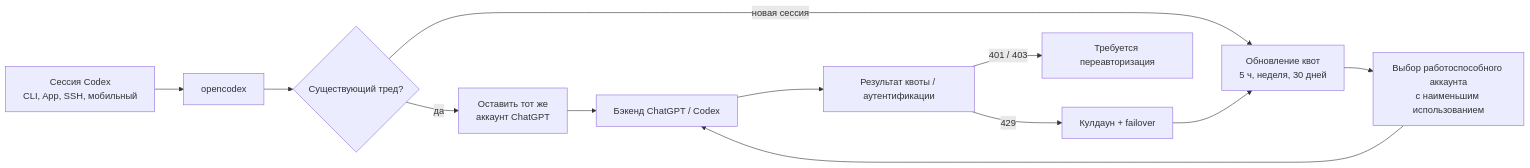
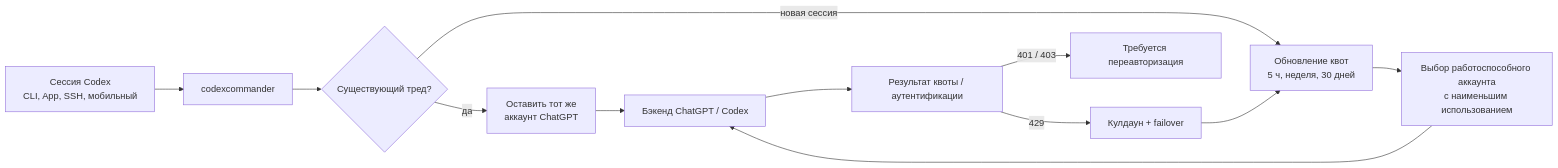
The diagram in readme/README.ru.md (pavelhov/CodexCommander), drawn with Mermaid before and after one commit. The commit also changed other lines of this file and 3595 other files, not shown here.

````diff
--- a/readme/README.ru.md
+++ b/readme/README.ru.md
@@ -53,14 +37,14 @@
 ```mermaid
 flowchart LR
-  codex[Сессия Codex<br/>CLI, App, SSH, мобильный] --> proxy[opencodex]
+  codex[Сессия Codex<br/>CLI, App, SSH, мобильный] --> proxy[codexcommander]
   proxy --> existing{Существующий тред?}
   existing -->|да| pinned[Оставить тот же<br/>аккаунт ChatGPT]
   existing -->|новая сессия| quota[Обновление квот<br/>5 ч, неделя, 30 дней]
   quota --> pick[Выбор работоспособного аккаунта<br/>с наименьшим использованием]
   pick --> upstream[Бэкенд ChatGPT / Codex]
   pinned --> upstream
   upstream --> outcomes[Результат квоты / аутентификации]
   outcomes -->|429| cooldown[Кулдаун + failover]
   outcomes -->|401 / 403| reauth[Требуется переавторизация]
   cooldown --> quota
 ```
````
